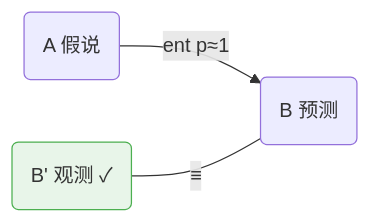
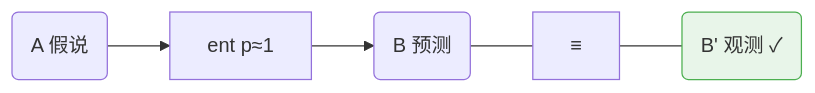
The first of 10 diagrams in docs/foundations/theory/science-formalization.md (SiliconEinstein/Gaia), drawn with Mermaid before and after one commit. The commit also changed other lines of this file, not shown here.

````diff
--- a/docs/foundations/theory/science-formalization.md
+++ b/docs/foundations/theory/science-formalization.md
@@ -59,8 +59,8 @@
 ```mermaid
 graph LR
-    A("A 假说") -->|"ent p≈1"| B("B 预测")
-    Bp("B' 观测 ✓") ---|"≡"| B
+    A("A 假说") --> f["ent p≈1"] --> B("B 预测")
+    B --- eq["≡"] --- Bp("B' 观测 ✓")
 
     classDef obs fill:#e8f5e9,stroke:#4caf50
     class Bp obs
 ```
````
